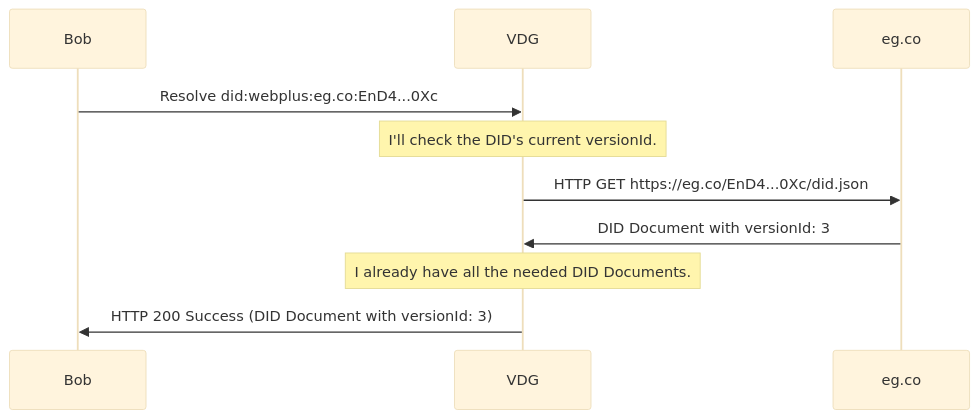
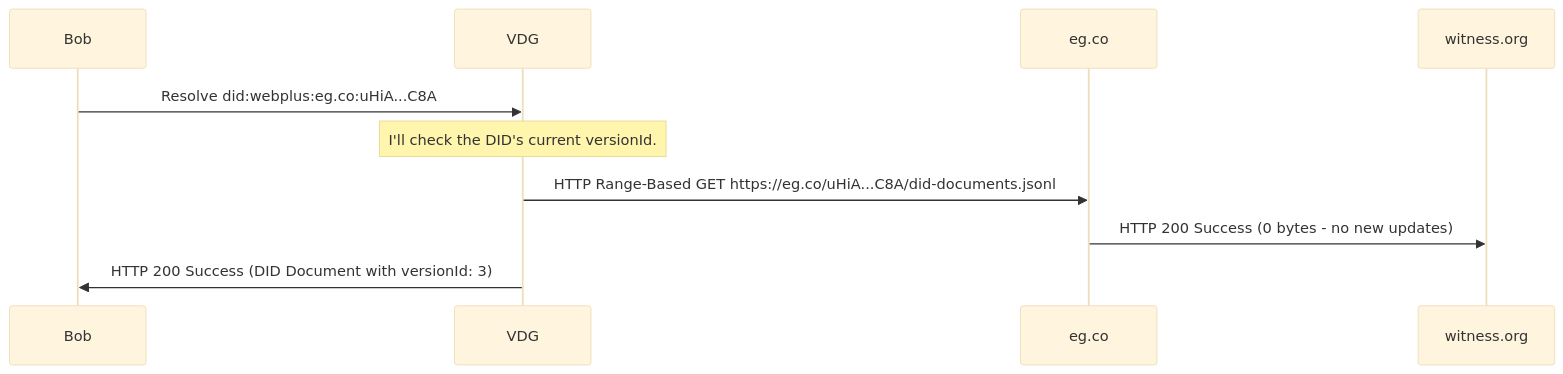
Diagram 16 of 26 in spec.md (LedgerDomain/did-webplus-spec), drawn with Mermaid (base theme) before and after one commit. The commit also changed other lines of this file and 3 other files, not shown here.

````diff
--- a/spec.md
+++ b/spec.md
@@ -645,9 +580,8 @@
 ```mermaid
 sequenceDiagram
-    Bob->>VDG: Resolve did:webplus:eg.co:EnD4...0Xc
+    Bob->>VDG: Resolve did:webplus:eg.co:uHiA...C8A
     Note over VDG: I'll check the DID's current versionId.
-    VDG->>eg.co: HTTP GET https://eg.co/EnD4...0Xc/did.json
-    eg.co->>VDG: DID Document with versionId: 3
-    Note over VDG: I already have all the needed DID Documents.
+    VDG->>eg.co: HTTP Range-Based GET https://eg.co/uHiA...C8A/did-documents.jsonl
+    eg.co->>witness.org: HTTP 200 Success (0 bytes - no new updates)
     VDG->>Bob: HTTP 200 Success (DID Document with versionId: 3)
 ```
````
